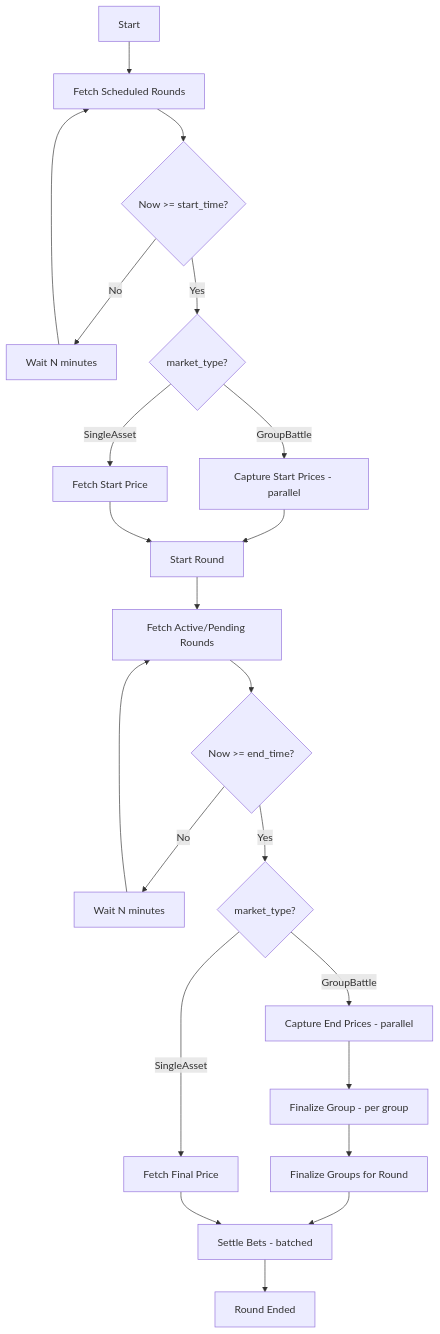
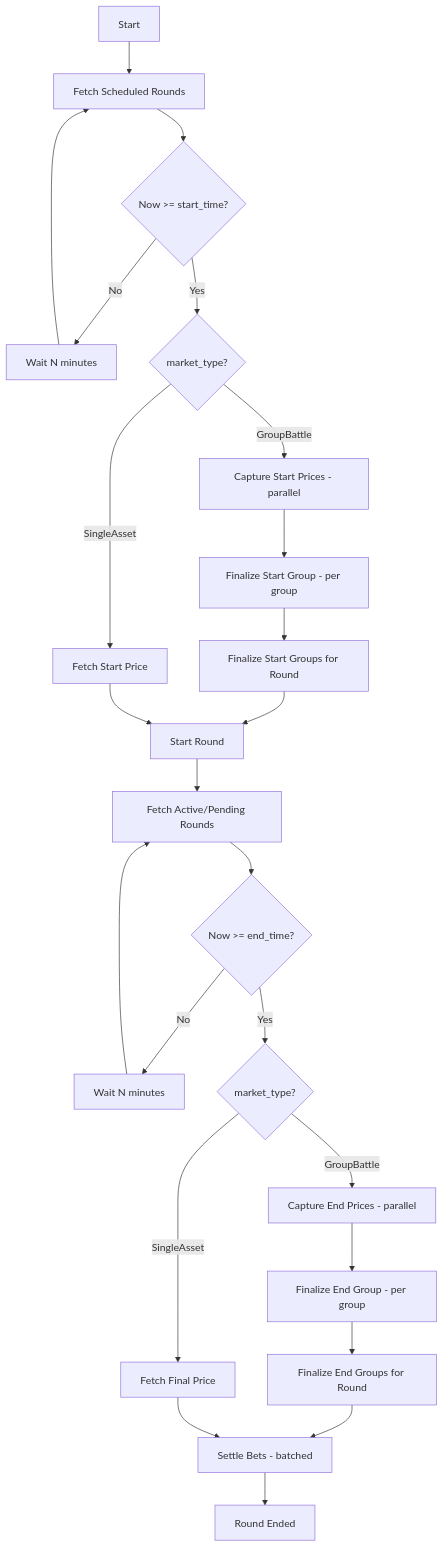
Before and after one commit to muhammad-akbrrr/gold-rush-smartcontract: the fourth of 7 diagrams in README.md, drawn with Mermaid. The commit also changed other lines of this file and 8 other files, not shown here.

````diff
--- a/README.md
+++ b/README.md
@@ -219,18 +219,17 @@
 ```mermaid
 flowchart TD
     A[Start] --> B[Fetch Scheduled Rounds]
     B --> C{Now >= start_time?}
     C -- No --> B1[Wait N minutes] --> B
     C -- Yes --> D{market_type?}
-    D -- GroupBattle --> E1[Capture Start Prices - parallel]
-    E1 --> F1[Start Round]
+    D -- GroupBattle --> E1[Capture Start Prices - parallel] --> E1a[Finalize Start Group - per group] --> E1b[Finalize Start Groups for Round] --> F1[Start Round]
     D -- SingleAsset --> E2[Fetch Start Price]
     E2 --> F1
     F1 --> G[Fetch Active/Pending Rounds]
     G --> H{Now >= end_time?}
     H -- No --> G1[Wait N minutes] --> G
     H -- Yes --> I{market_type?}
-    I -- GroupBattle --> J1[Capture End Prices - parallel] --> K1[Finalize Group - per group] --> L1[Finalize Groups for Round] --> M1[Settle Bets - batched]
+    I -- GroupBattle --> J1[Capture End Prices - parallel] --> K1[Finalize End Group - per group] --> L1[Finalize End Groups for Round] --> M1[Settle Bets - batched]
     I -- SingleAsset --> J2[Fetch Final Price] --> M1
     M1 --> N[Round Ended]
 ```
````
